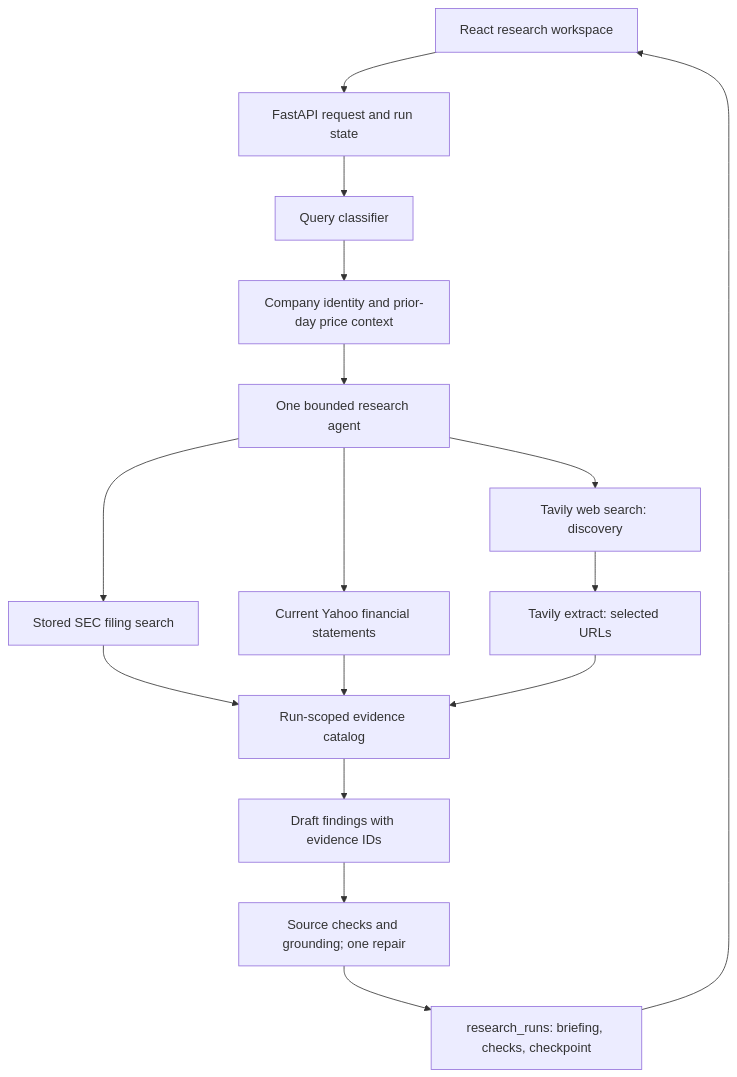
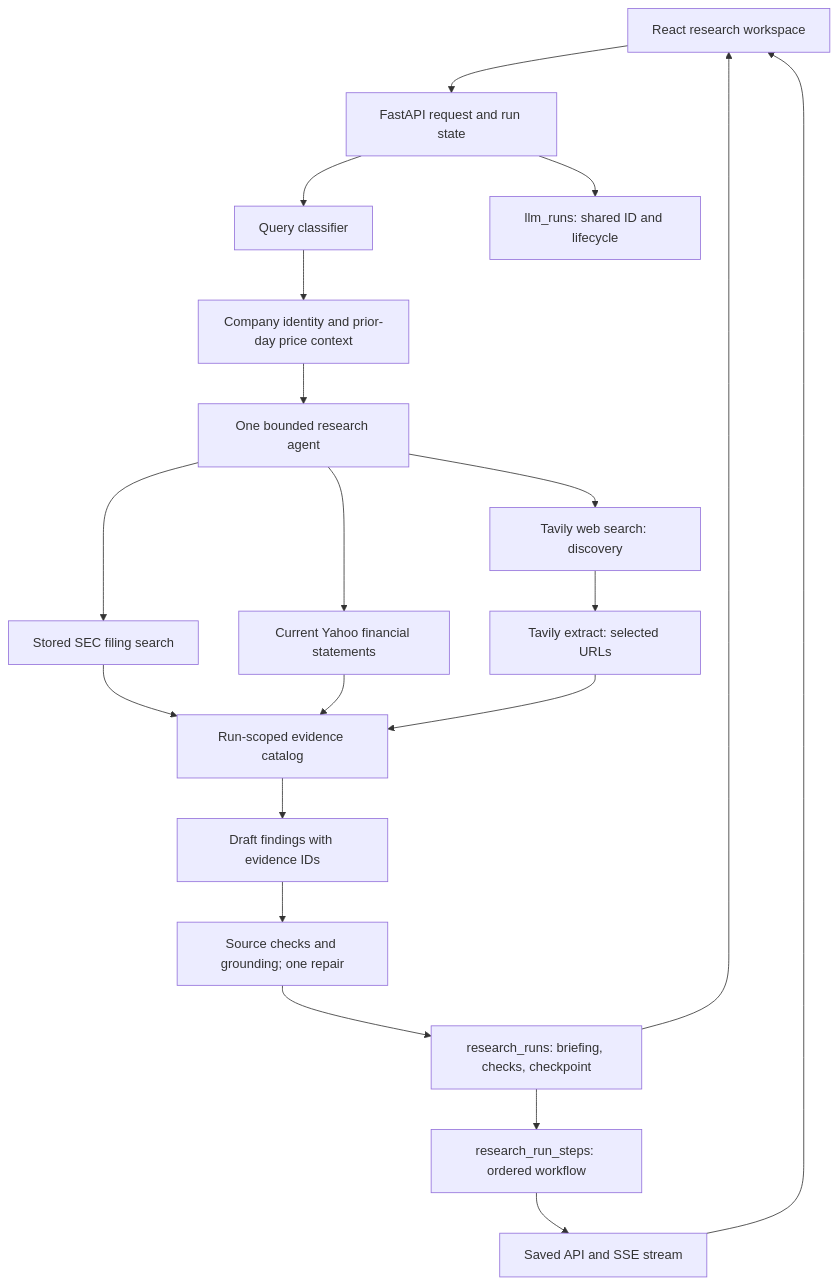
The diagram in backend/research_workflow/README.md (SeijiMatsumoto/ai-systems), drawn with Mermaid before and after one commit. The commit also changed other lines of this file and 18 other files, not shown here.

Commit message:
Persist shared research runs and workflow steps

````diff
--- a/backend/research_workflow/README.md
+++ b/backend/research_workflow/README.md
@@ -13,18 +13,22 @@
 ```mermaid
 flowchart TD
     UI[React research workspace] --> API[FastAPI request and run state]
     API --> Q[Query classifier]
     Q --> P[Company identity and prior-day price context]
     P --> A[One bounded research agent]
     A --> F[Stored SEC filing search]
     A --> Y[Current Yahoo financial statements]
     A --> S[Tavily web search: discovery]
     S --> E[Tavily extract: selected URLs]
     F --> C[Run-scoped evidence catalog]
     Y --> C
     E --> C
     C --> D[Draft findings with evidence IDs]
     D --> V[Source checks and grounding; one repair]
     V --> R[research_runs: briefing, checks, checkpoint]
+    API --> L[llm_runs: shared ID and lifecycle]
+    R --> W[research_run_steps: ordered workflow]
+    W --> SSE[Saved API and SSE stream]
+    SSE --> UI
     R --> UI
 ```
````
